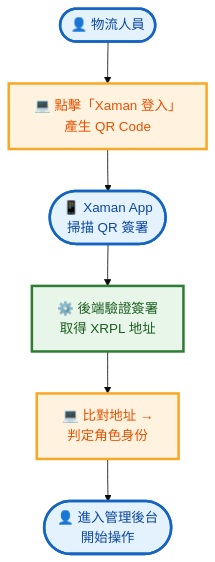
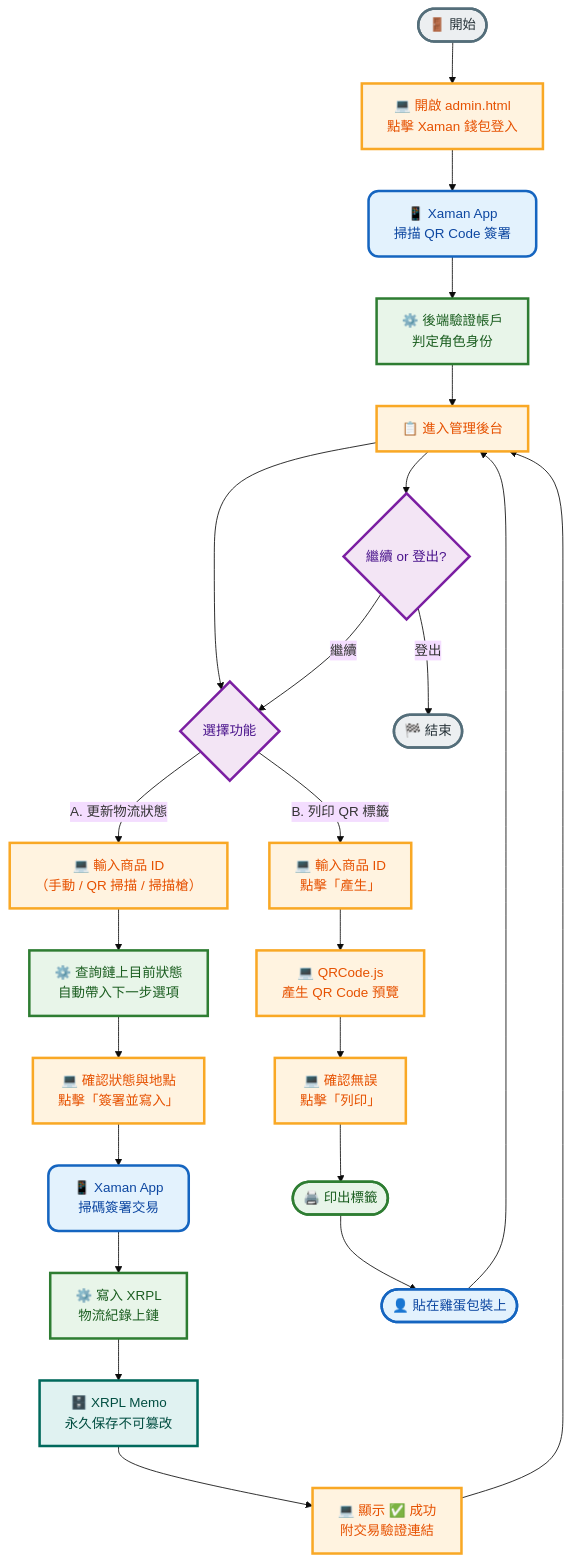
The second of 5 diagrams in usage-scenarios-slides.md (C112118148/MIScrypto), drawn with Mermaid (base theme) before and after one commit. The commit also changed other lines of this file, not shown here.

````diff
--- a/usage-scenarios-slides.md
+++ b/usage-scenarios-slides.md
@@ -54,16 +33,41 @@
 ```mermaid
 flowchart TD
     classDef user fill:#E3F2FD,stroke:#1565C0,color:#0D47A1,stroke-width:3px,rx:12px,ry:12px
     classDef action fill:#FFF3E0,stroke:#F9A825,color:#E65100,stroke-width:3px
     classDef system fill:#E8F5E9,stroke:#2E7D32,color:#1B5E20,stroke-width:3px
     classDef data fill:#E0F2F1,stroke:#00695C,color:#004D40,stroke-width:3px
+    classDef decision fill:#F3E5F5,stroke:#7B1FA2,color:#4A148C,stroke-width:3px
+    classDef startend fill:#ECEFF1,stroke:#546E7A,color:#263238,stroke-width:3px,rx:20px,ry:20px
 
-    A(["👤 物流人員"]):::user
-    B["💻 點擊「Xaman 登入」<br>產生 QR Code"]:::action
-    C(["📱 Xaman App<br>掃描 QR 簽署"]):::user
-    D["⚙️ 後端驗證簽署<br>取得 XRPL 地址"]:::system
-    E["💻 比對地址 →<br>判定角色身份"]:::action
-    F(["👤 進入管理後台<br>開始操作"]):::user
+    START(["🚪 開始"]):::startend
 
-    A --> B --> C --> D --> E --> F
+    START --> LOGIN1["💻 開啟 admin.html<br>點擊 Xaman 錢包登入"]:::action
+    LOGIN1 --> LOGIN2["📱 Xaman App<br>掃描 QR Code 簽署"]:::user
+    LOGIN2 --> LOGIN3["⚙️ 後端驗證帳戶<br>判定角色身份"]:::system
+    LOGIN3 --> DASH["📋 進入管理後台"]:::action
+
+    DASH --> CHOICE{"選擇功能"}:::decision
+
+    %% ─── 路徑 A：更新物流狀態 ───
+    CHOICE -->|"A. 更新物流狀態"| A1["💻 輸入商品 ID<br>（手動 / QR 掃描 / 掃描槍）"]:::action
+    A1 --> A2["⚙️ 查詢鏈上目前狀態<br>自動帶入下一步選項"]:::system
+    A2 --> A3["💻 確認狀態與地點<br>點擊「簽署並寫入」"]:::action
+    A3 --> A4["📱 Xaman App<br>掃碼簽署交易"]:::user
+    A4 --> A5["⚙️ 寫入 XRPL<br>物流紀錄上鏈"]:::system
+    A5 --> A6["🗄️ XRPL Memo<br>永久保存不可篡改"]:::data
+    A6 --> A7["💻 顯示 ✅ 成功<br>附交易驗證連結"]:::action
+    A7 --> DASH
+
+    %% ─── 路徑 B：列印 QR 標籤 ───
+    CHOICE -->|"B. 列印 QR 標籤"| B1["💻 輸入商品 ID<br>點擊「產生」"]:::action
+    B1 --> B2["💻 QRCode.js<br>產生 QR Code 預覽"]:::action
+    B2 --> B3["💻 確認無誤<br>點擊「列印」"]:::action
+    B3 --> B4(["🖨️ 印出標籤"]):::system
+    B4 --> B5(["👤 貼在雞蛋包裝上"]):::user
+    B5 --> DASH
+
+    %% ─── 登出 ───
+    DASH --> LOGOUT{"繼續 or 登出?"}:::decision
+    LOGOUT -->|"繼續"| CHOICE
+    LOGOUT -->|"登出"| END(["🏁 結束"]):::startend
 ```
````
